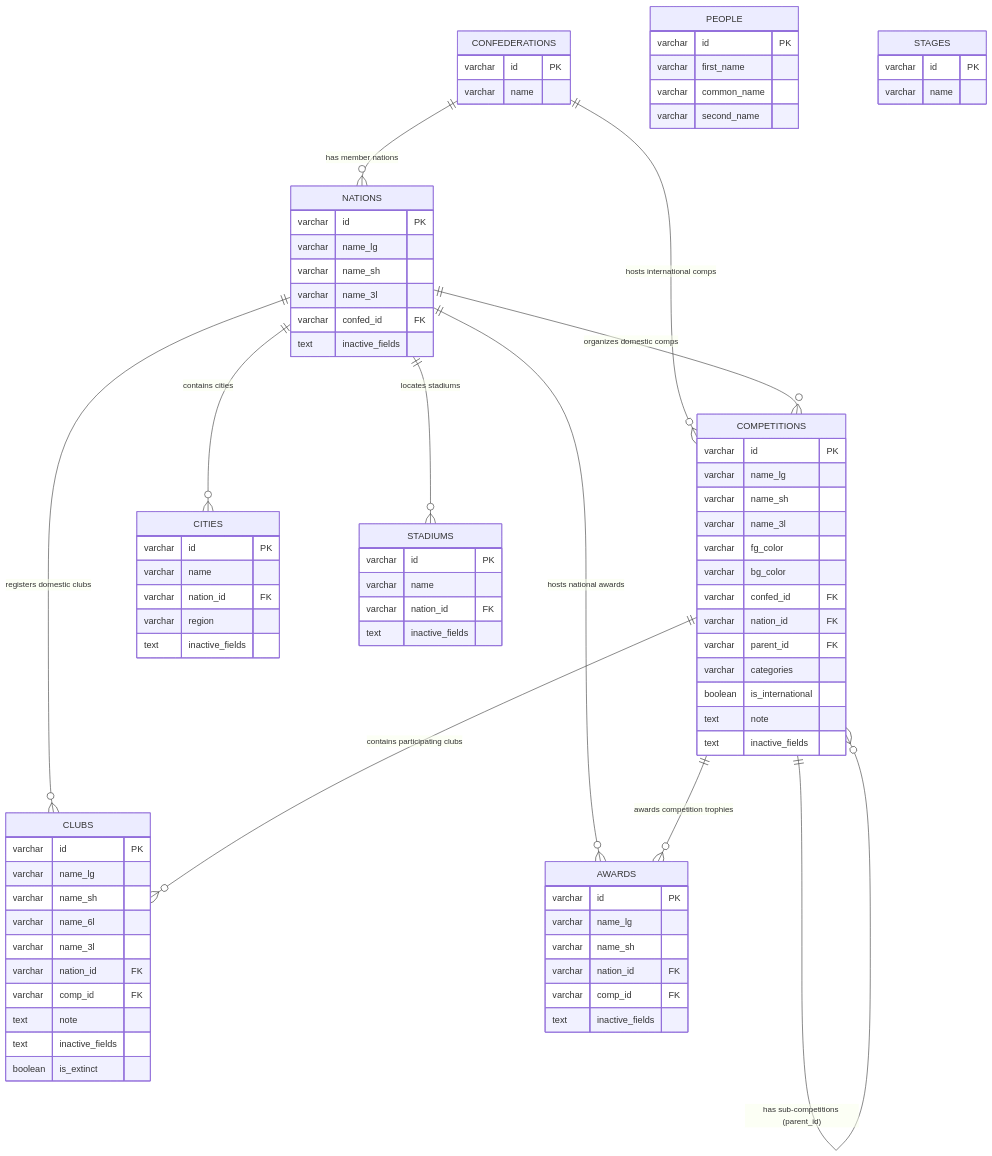
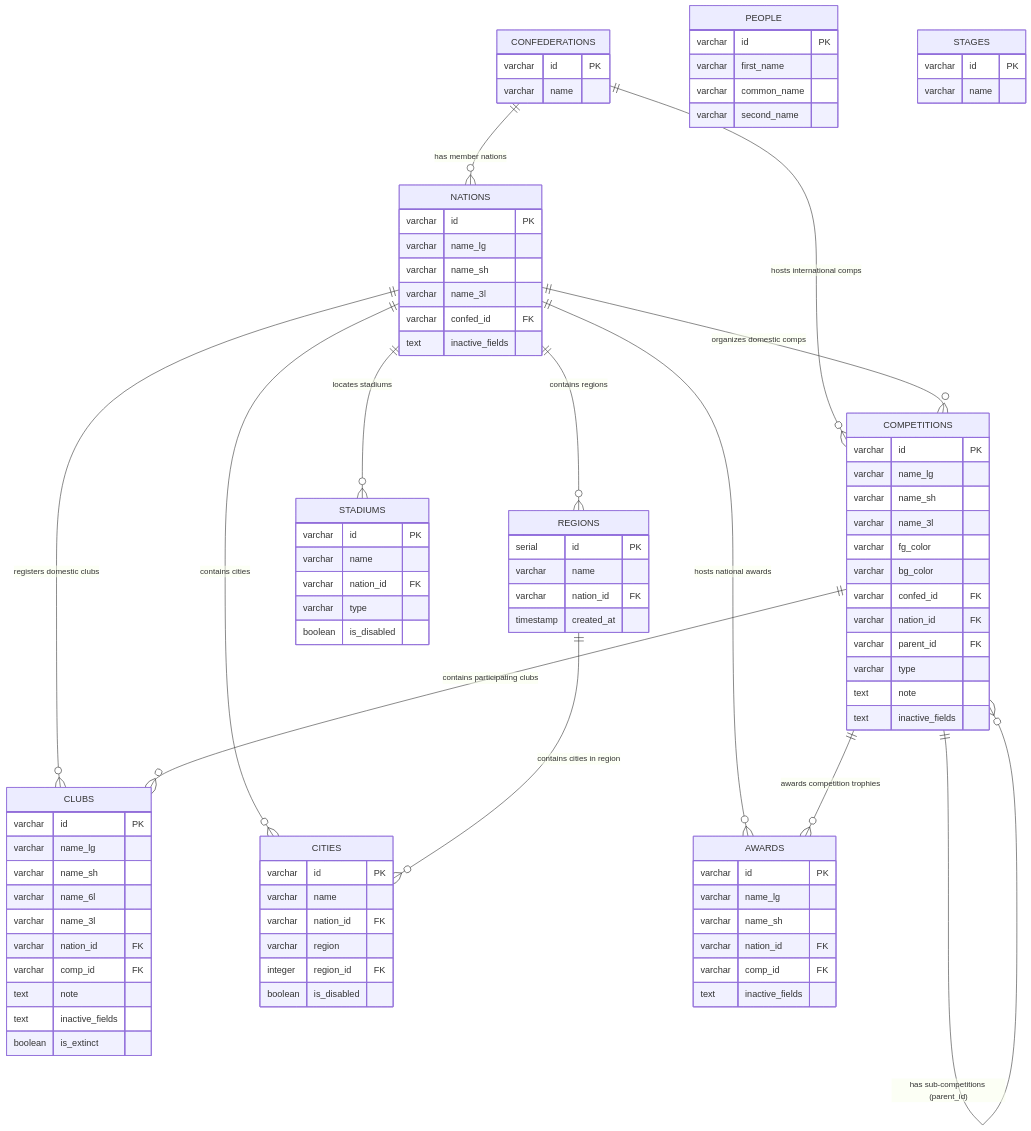
The diagram in README.md (ddthumonky88/fm-lnc), drawn with Mermaid before and after one commit. The commit also changed other lines of this file and 3 other files, not shown here.

```diff
--- a/README.md
+++ b/README.md
@@ -257,10 +265,13 @@
     
     NATIONS ||--o{ COMPETITIONS : "organizes domestic comps"
     NATIONS ||--o{ CLUBS : "registers domestic clubs"
+    NATIONS ||--o{ REGIONS : "contains regions"
     NATIONS ||--o{ CITIES : "contains cities"
     NATIONS ||--o{ STADIUMS : "locates stadiums"
     NATIONS ||--o{ AWARDS : "hosts national awards"
     
+    REGIONS ||--o{ CITIES : "contains cities in region"
+
     COMPETITIONS ||--o{ CLUBS : "contains participating clubs"
     COMPETITIONS ||--o{ AWARDS : "awards competition trophies"
     COMPETITIONS ||--o{ COMPETITIONS : "has sub-competitions (parent_id)"
@@ -289,8 +300,7 @@
         varchar confed_id FK
         varchar nation_id FK
         varchar parent_id FK
-        varchar categories
-        boolean is_international
+        varchar type
         text note
         text inactive_fields
     }
@@ -308,19 +318,28 @@
         boolean is_extinct
     }
 
+    REGIONS {
+        serial id PK
+        varchar name
+        varchar nation_id FK
+        timestamp created_at
+    }
+
     CITIES {
         varchar id PK
         varchar name
         varchar nation_id FK
         varchar region
-        text inactive_fields
+        integer region_id FK
+        boolean is_disabled
     }
 
     STADIUMS {
         varchar id PK
         varchar name
         varchar nation_id FK
-        text inactive_fields
+        varchar type
+        boolean is_disabled
     }
 
     AWARDS {
```
